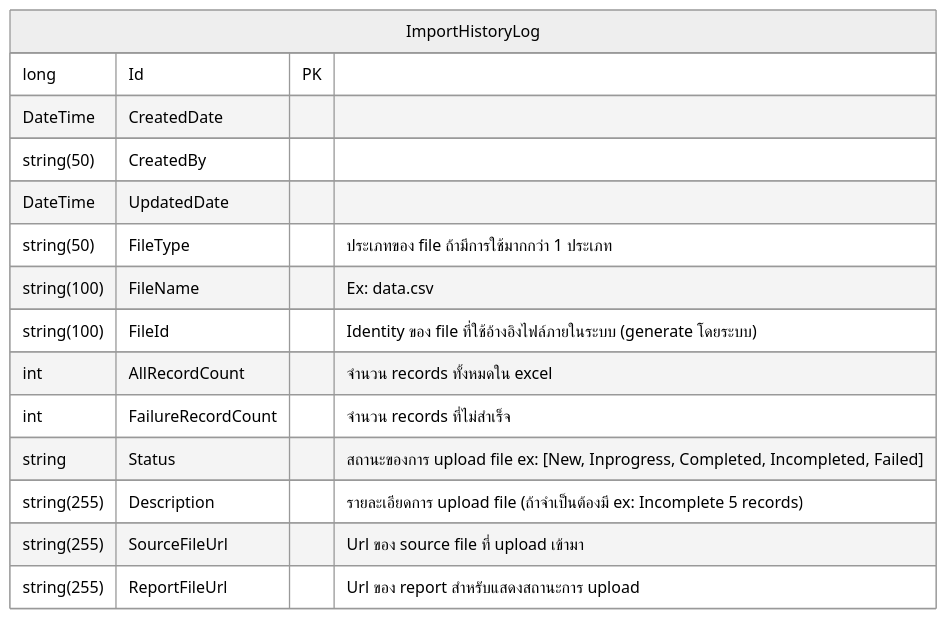
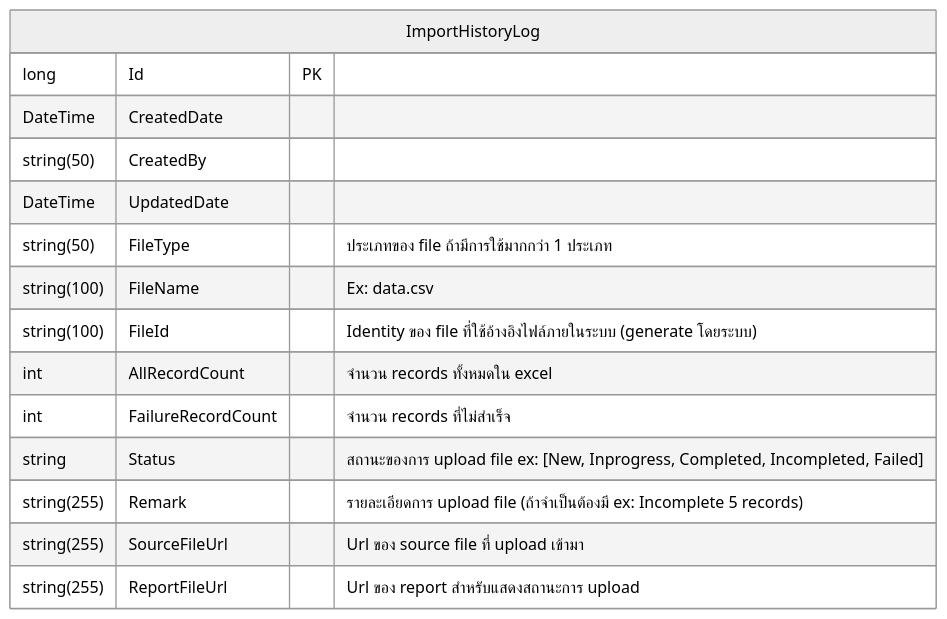
One commit to rosered11/org_document changed the diagram in SPC/CRL/ER-diagram.md. Above: the diagram before and after it, drawn with Mermaid (neutral theme). The commit also changed 6 other files, not shown here.

````diff
--- a/SPC/CRL/ER-diagram.md
+++ b/SPC/CRL/ER-diagram.md
@@ -1,18 +1,18 @@
 ```mermaid
 erDiagram
     ImportHistoryLog {
         long Id PK
         DateTime CreatedDate
         string(50) CreatedBy
         DateTime UpdatedDate
         string(50) FileType "ประเภทของ file ถ้ามีการใช้มากกว่า 1 ประเภท"
         string(100) FileName "Ex: data.csv"
         string(100) FileId "Identity ของ file ที่ใช้อ้างอิงไฟล์ภายในระบบ (generate โดยระบบ)"
         int AllRecordCount "จำนวน records ทั้งหมดใน excel"
         int FailureRecordCount "จำนวน records ที่ไม่สำเร็จ"
         string Status "สถานะของการ upload file ex: [New, Inprogress, Completed, Incompleted, Failed]"
-        string(255) Description "รายละเอียดการ upload file (ถ้าจำเป็นต้องมี ex: Incomplete 5 records)"
+        string(255) Remark "รายละเอียดการ upload file (ถ้าจำเป็นต้องมี ex: Incomplete 5 records)"
         string(255) SourceFileUrl "Url ของ source file ที่ upload เข้ามา"
         string(255) ReportFileUrl "Url ของ report สำหรับแสดงสถานะการ upload"
     }
 ```
````
